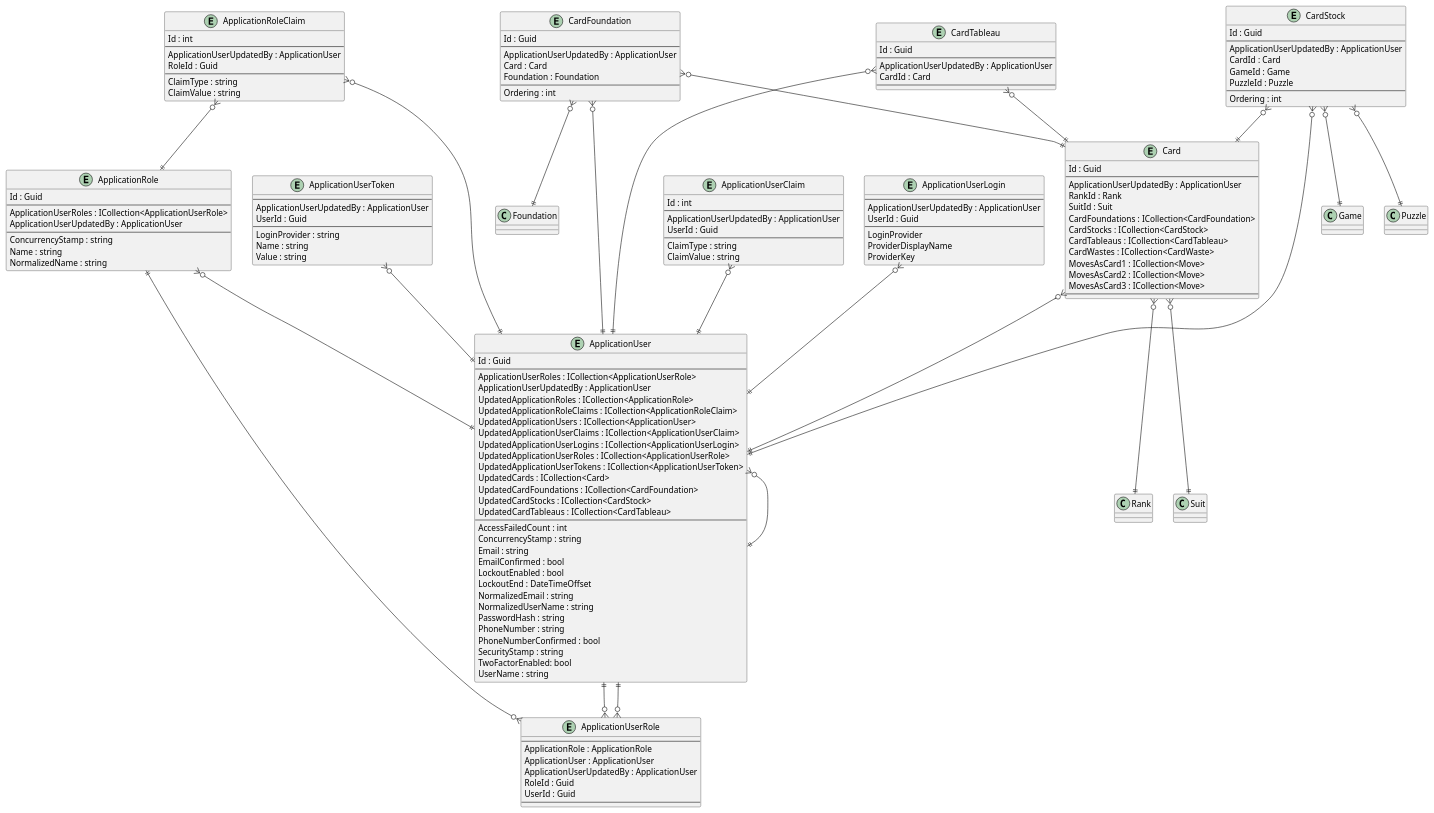
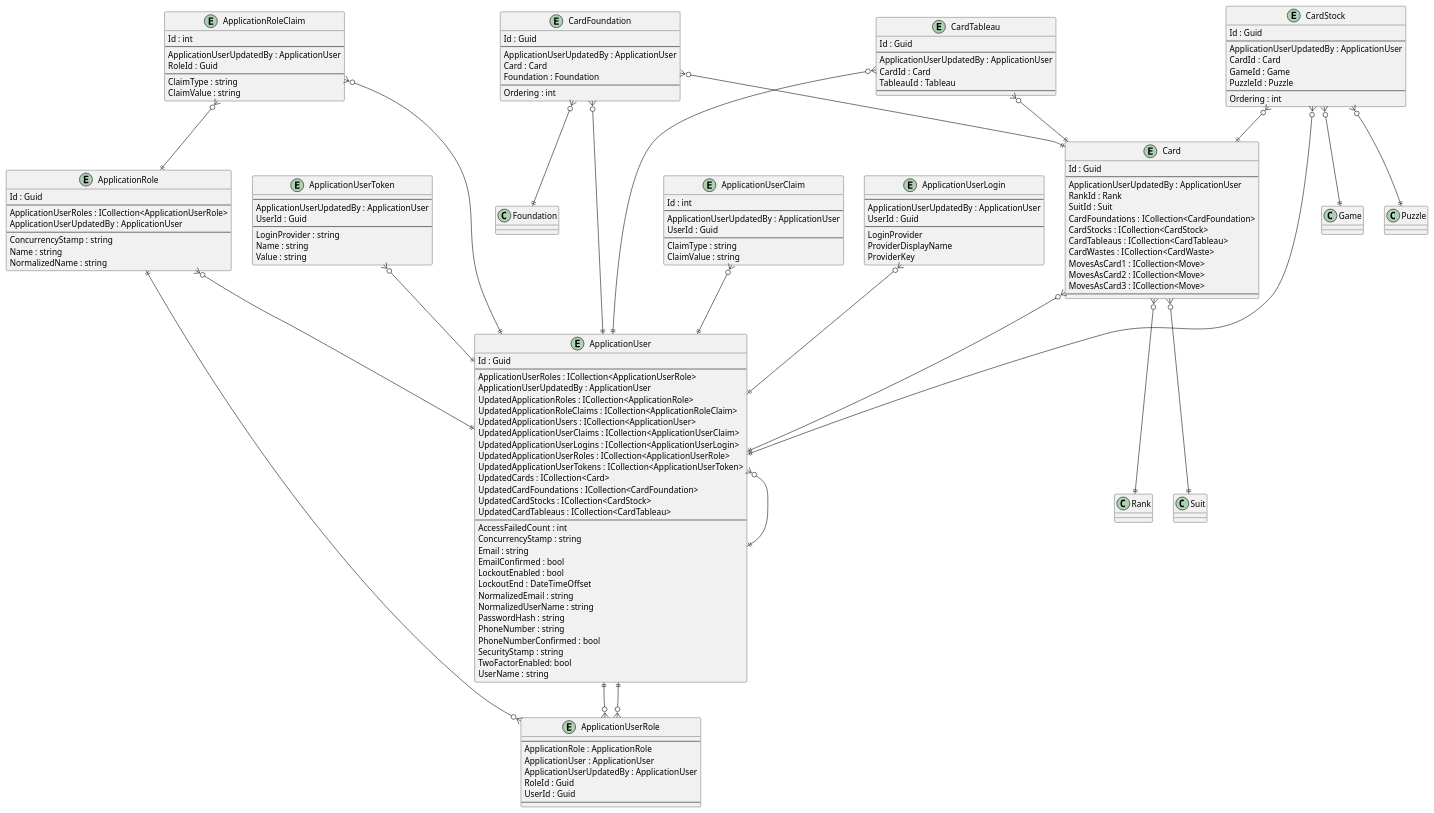
The diagram in .docs/Intrepion.KlondikeSolitaire.pu (intrepion/intrepion_klondike-solitaire_csharp), drawn with PlantUML before and after one commit.

```diff
--- a/.docs/Intrepion.KlondikeSolitaire.pu
+++ b/.docs/Intrepion.KlondikeSolitaire.pu
@@ -1,178 +1,179 @@
 @startuml
 
 entity ApplicationRole {
     Id : Guid
     --
     ApplicationUserRoles : ICollection<ApplicationUserRole>
     ApplicationUserUpdatedBy : ApplicationUser
     --
     ConcurrencyStamp : string
     Name : string
     NormalizedName : string
 }
 
 entity ApplicationRoleClaim {
     Id : int
     --
     ApplicationUserUpdatedBy : ApplicationUser
     RoleId : Guid
     --
     ClaimType : string
     ClaimValue : string
 }
 
 entity ApplicationUser {
     Id : Guid
     --
     ApplicationUserRoles : ICollection<ApplicationUserRole>
     ApplicationUserUpdatedBy : ApplicationUser
     UpdatedApplicationRoles : ICollection<ApplicationRole>
     UpdatedApplicationRoleClaims : ICollection<ApplicationRoleClaim>
     UpdatedApplicationUsers : ICollection<ApplicationUser>
     UpdatedApplicationUserClaims : ICollection<ApplicationUserClaim>
     UpdatedApplicationUserLogins : ICollection<ApplicationUserLogin>
     UpdatedApplicationUserRoles : ICollection<ApplicationUserRole>
     UpdatedApplicationUserTokens : ICollection<ApplicationUserToken>
     UpdatedCards : ICollection<Card>
     UpdatedCardFoundations : ICollection<CardFoundation>
     UpdatedCardStocks : ICollection<CardStock>
     UpdatedCardTableaus : ICollection<CardTableau>
     ' ApplicationUserKeyCodePlaceholder
     --
     AccessFailedCount : int
     ConcurrencyStamp : string
     Email : string
     EmailConfirmed : bool
     LockoutEnabled : bool
     LockoutEnd : DateTimeOffset
     NormalizedEmail : string
     NormalizedUserName : string
     PasswordHash : string
     PhoneNumber : string
     PhoneNumberConfirmed : bool
     SecurityStamp : string
     TwoFactorEnabled: bool
     UserName : string
 }
 
 entity ApplicationUserClaim {
     Id : int
     --
     ApplicationUserUpdatedBy : ApplicationUser
     UserId : Guid
     --
     ClaimType : string
     ClaimValue : string
 }
 
 entity ApplicationUserLogin {
     --
     ApplicationUserUpdatedBy : ApplicationUser
     UserId : Guid
     --
     LoginProvider
     ProviderDisplayName
     ProviderKey
 }
 
 entity ApplicationUserRole {
     --
     ApplicationRole : ApplicationRole
     ApplicationUser : ApplicationUser
     ApplicationUserUpdatedBy : ApplicationUser
     RoleId : Guid
     UserId : Guid
     --
 }
 
 entity ApplicationUserToken {
     --
     ApplicationUserUpdatedBy : ApplicationUser
     UserId : Guid
     --
     LoginProvider : string
     Name : string
     Value : string
 }
 
 entity Card {
     Id : Guid
     --
     ApplicationUserUpdatedBy : ApplicationUser
     RankId : Rank
     SuitId : Suit
     CardFoundations : ICollection<CardFoundation>
     CardStocks : ICollection<CardStock>
     CardTableaus : ICollection<CardTableau>
     CardWastes : ICollection<CardWaste>
     MovesAsCard1 : ICollection<Move>
     MovesAsCard2 : ICollection<Move>
     MovesAsCard3 : ICollection<Move>
     ' CardKeyCodePlaceholder
     --
     ' CardPropertyCodePlaceholder
 }
 
 entity CardFoundation {
     Id : Guid
     --
     ApplicationUserUpdatedBy : ApplicationUser
     Card : Card
     Foundation : Foundation
     ' CardFoundationKeyCodePlaceholder
     --
     Ordering : int
     ' CardFoundationPropertyCodePlaceholder
 }
 
 entity CardStock {
     Id : Guid
     --
     ApplicationUserUpdatedBy : ApplicationUser
     CardId : Card
     GameId : Game
     PuzzleId : Puzzle
     ' CardStockKeyCodePlaceholder
     --
     Ordering : int
     ' CardStockPropertyCodePlaceholder
 }
 
 entity CardTableau {
     Id : Guid
     --
     ApplicationUserUpdatedBy : ApplicationUser
     CardId : Card
+    TableauId : Tableau
     ' CardTableauKeyCodePlaceholder
     --
     ' CardTableauPropertyCodePlaceholder
 }
 
 ' EntityCodePlaceholder
 
 ApplicationRole ||--o{ ApplicationUserRole
 ApplicationRole }o--|| ApplicationUser
 ApplicationRoleClaim }o--|| ApplicationRole
 ApplicationRoleClaim }o--|| ApplicationUser
 ApplicationUser }o--|| ApplicationUser
 ApplicationUser ||--o{ ApplicationUserRole
 ApplicationUserClaim }o--|| ApplicationUser
 ApplicationUserLogin }o--|| ApplicationUser
 ApplicationUserRole }o--|| ApplicationUser
 ApplicationUserToken }o--|| ApplicationUser
 
 Card }o--|| ApplicationUser
 Card }o--|| Rank
 Card }o--|| Suit
 CardFoundation }o--|| ApplicationUser
 CardFoundation }o--|| Card
 CardFoundation }o--|| Foundation
 CardStock }o--|| ApplicationUser
 CardStock }o--|| Card
 CardStock }o--|| Game
 CardStock }o--|| Puzzle
 CardTableau }o--|| ApplicationUser
 CardTableau }o--|| Card
 ' RelationshipCodePlaceholder
 
 @enduml
```
